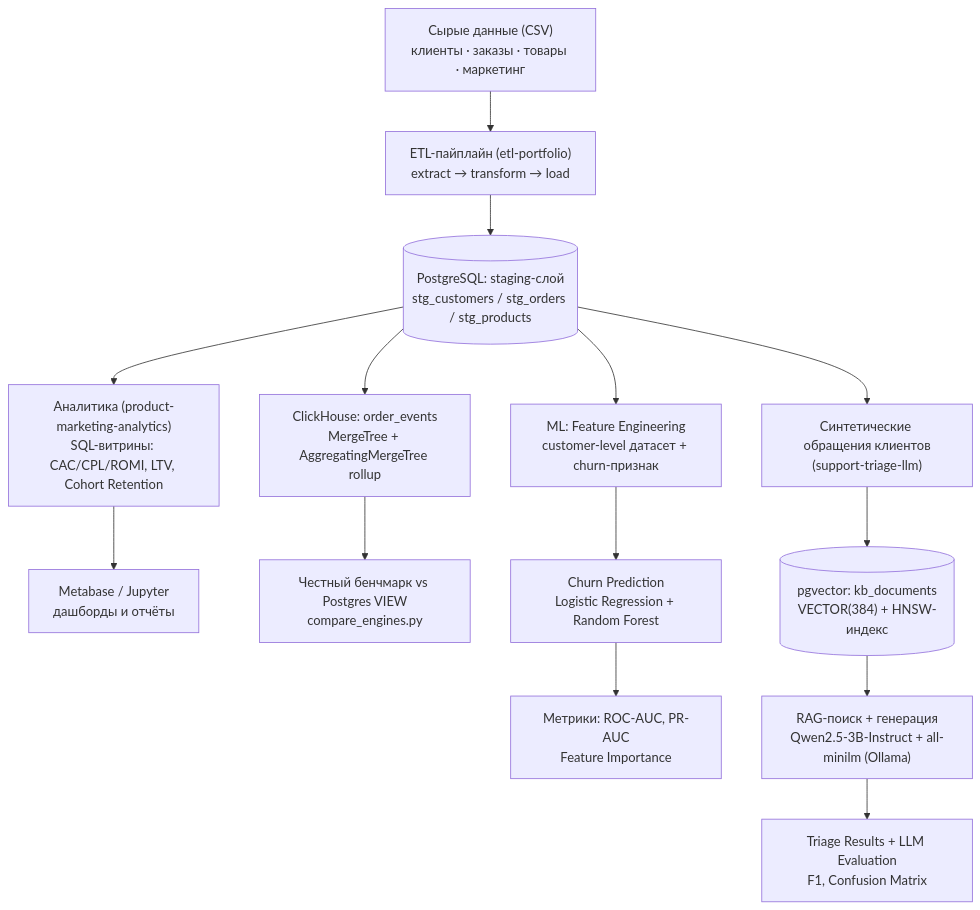
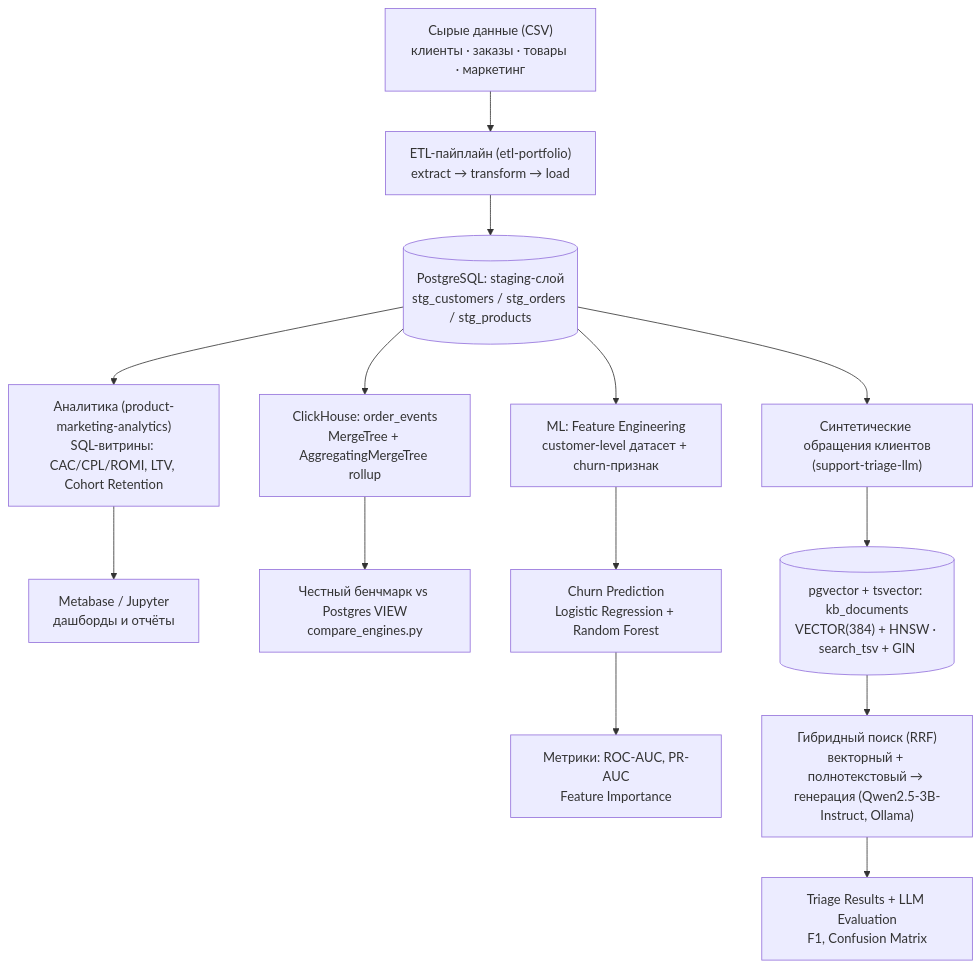
Before and after one commit to exist-ty/Nikolay-Kolesnikov-Data-Engineering-Applied-ML-LLM-Portfolio-Hub: the diagram in README.md, drawn with Mermaid. The commit also changed other lines of this file, not shown here.

First line of the commit message:
docs: отразить гибридный поиск (RRF) в support-triage-llm

````diff
--- a/README.md
+++ b/README.md
@@ -15,20 +15,20 @@
 ```mermaid
 graph TD
     A["Сырые данные (CSV)<br/>клиенты · заказы · товары · маркетинг"] --> B["ETL-пайплайн (etl-portfolio)<br/>extract → transform → load"]
     B --> C[("PostgreSQL: staging-слой<br/>stg_customers / stg_orders / stg_products")]
 
     C --> D["Аналитика (product-marketing-analytics)<br/>SQL-витрины: CAC/CPL/ROMI, LTV, Cohort Retention"]
     C --> E["ML: Feature Engineering<br/>customer-level датасет + churn-признак"]
     C --> F["Синтетические обращения клиентов<br/>(support-triage-llm)"]
     C --> M["ClickHouse: order_events<br/>MergeTree + AggregatingMergeTree rollup"]
 
     D --> G["Metabase / Jupyter<br/>дашборды и отчёты"]
     M --> N["Честный бенчмарк vs Postgres VIEW<br/>compare_engines.py"]
 
     E --> H["Churn Prediction<br/>Logistic Regression + Random Forest"]
     H --> I["Метрики: ROC-AUC, PR-AUC<br/>Feature Importance"]
 
-    F --> J[("pgvector: kb_documents<br/>VECTOR(384) + HNSW-индекс")]
-    J --> K["RAG-поиск + генерация<br/>Qwen2.5-3B-Instruct + all-minilm (Ollama)"]
+    F --> J[("pgvector + tsvector: kb_documents<br/>VECTOR(384) + HNSW · search_tsv + GIN")]
+    J --> K["Гибридный поиск (RRF)<br/>векторный + полнотекстовый → генерация (Qwen2.5-3B-Instruct, Ollama)"]
     K --> L["Triage Results + LLM Evaluation<br/>F1, Confusion Matrix"]
 ```
````
